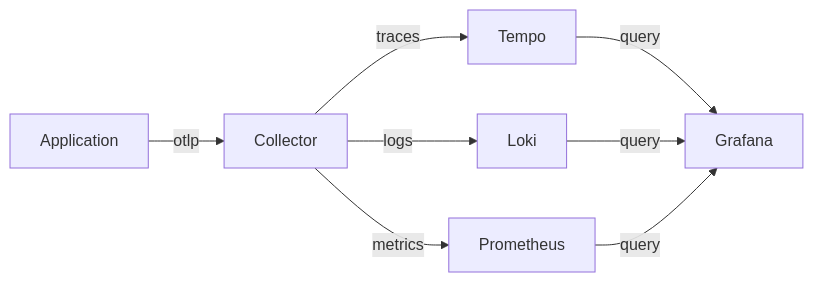
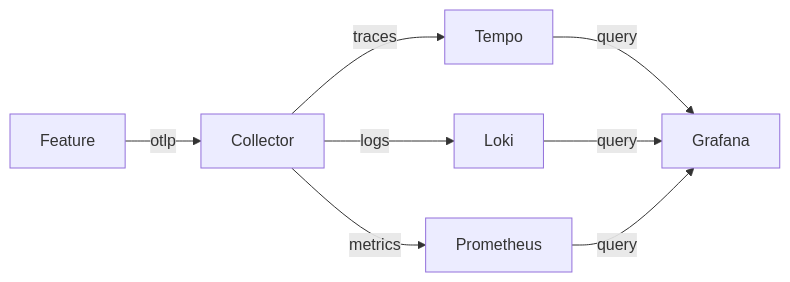
The first of 3 diagrams in docs/technical/observability.md (nais/handbook), drawn with Mermaid before and after one commit. The commit also changed other lines of this file, not shown here.

Commit message:
Document OpenTelemetry Collector accross clusters

````diff
--- a/docs/technical/observability.md
+++ b/docs/technical/observability.md
@@ -28,18 +28,18 @@
     ```mermaid
     graph LR
-      App[Application]
+      Feature[Feature]
       OtelCollector[Collector]
       Loki
       Prometheus
       Tempo
 
-      App -- otlp --> OtelCollector
+      Feature -- otlp --> OtelCollector
 
       OtelCollector -- traces --> Tempo
       OtelCollector -- logs --> Loki
       OtelCollector -- metrics --> Prometheus
 
       Tempo -- query --> Grafana
       Loki -- query --> Grafana
       Prometheus -- query --> Grafana
     ```
````
